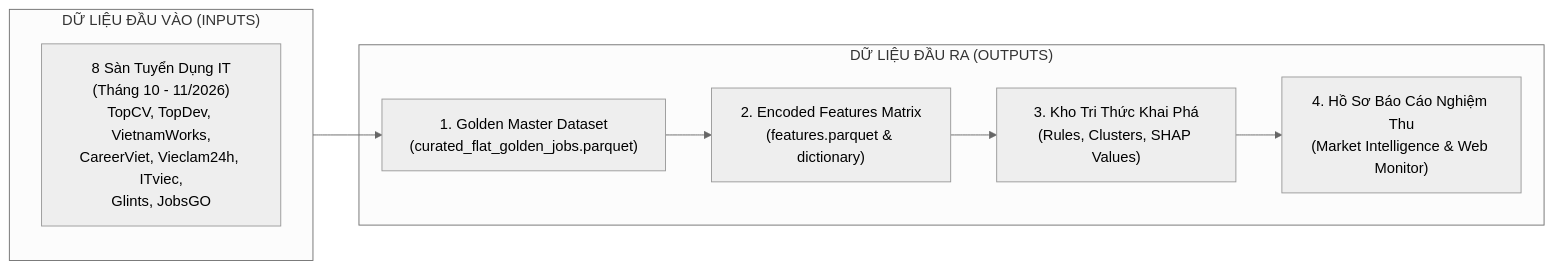
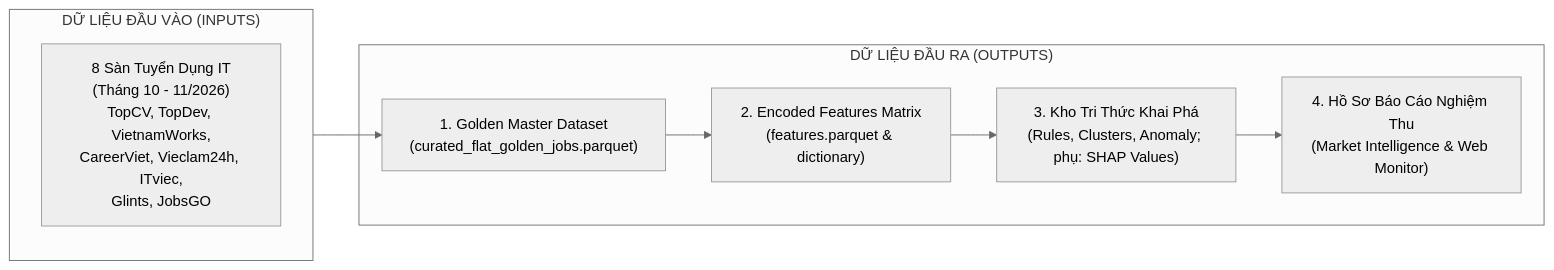
One commit to Archduker/VN-IT-Job-Mining changed the third of 3 diagrams in docs/spec/01_product_spec.md. Above: the diagram before and after it, drawn with Mermaid (neutral theme). The commit also changed other lines of this file and 203 other files, not shown here.

````diff
--- a/docs/spec/01_product_spec.md
+++ b/docs/spec/01_product_spec.md
@@ -111,18 +112,18 @@
 ```mermaid
 flowchart LR
     subgraph Inputs["DỮ LIỆU ĐẦU VÀO (INPUTS)"]
         Raw["8 Sàn Tuyển Dụng IT\n(Tháng 10 - 11/2026)\nTopCV, TopDev, VietnamWorks,\nCareerViet, Vieclam24h, ITviec,\nGlints, JobsGO"]
     end
 
     subgraph CoreOutputs["DỮ LIỆU ĐẦU RA (OUTPUTS)"]
         D1["1. Golden Master Dataset\n(curated_flat_golden_jobs.parquet)"]
         D2["2. Encoded Features Matrix\n(features.parquet & dictionary)"]
-        D3["3. Kho Tri Thức Khai Phá\n(Rules, Clusters, SHAP Values)"]
+        D3["3. Kho Tri Thức Khai Phá\n(Rules, Clusters, Anomaly; phụ: SHAP Values)"]
         D4["4. Hồ Sơ Báo Cáo Nghiệm Thu\n(Market Intelligence & Web Monitor)"]
     end
 
     Inputs --> D1
     D1 --> D2
     D2 --> D3
     D3 --> D4
 ```
````
